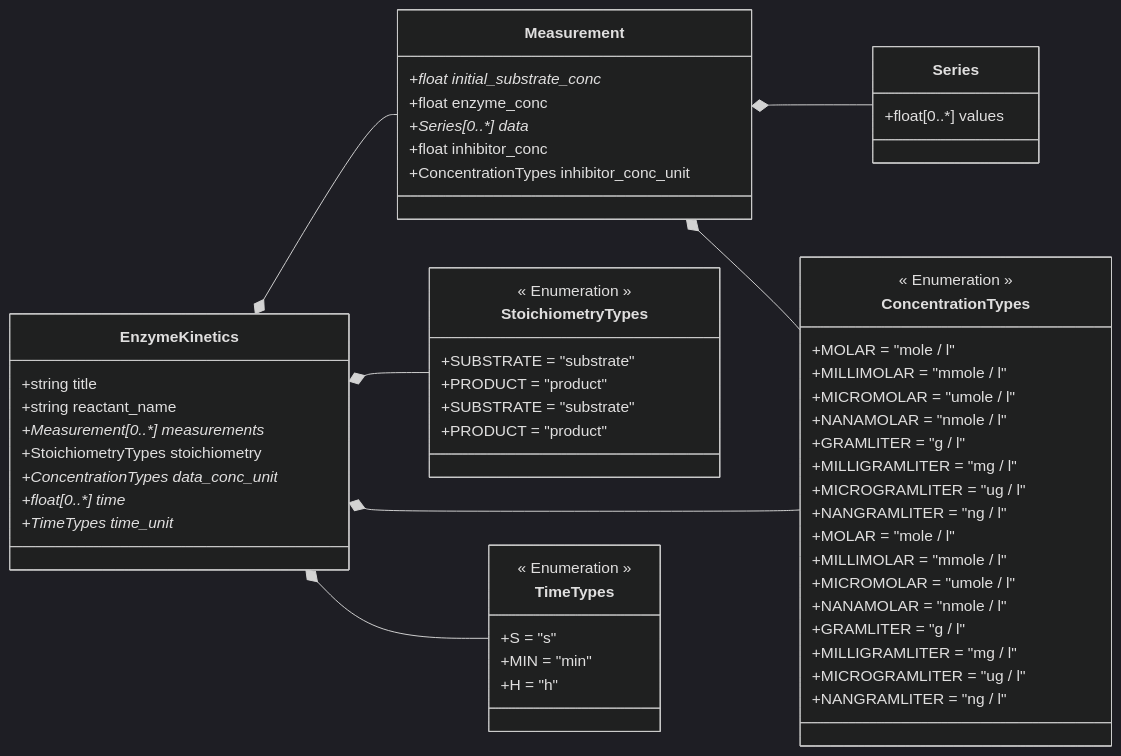
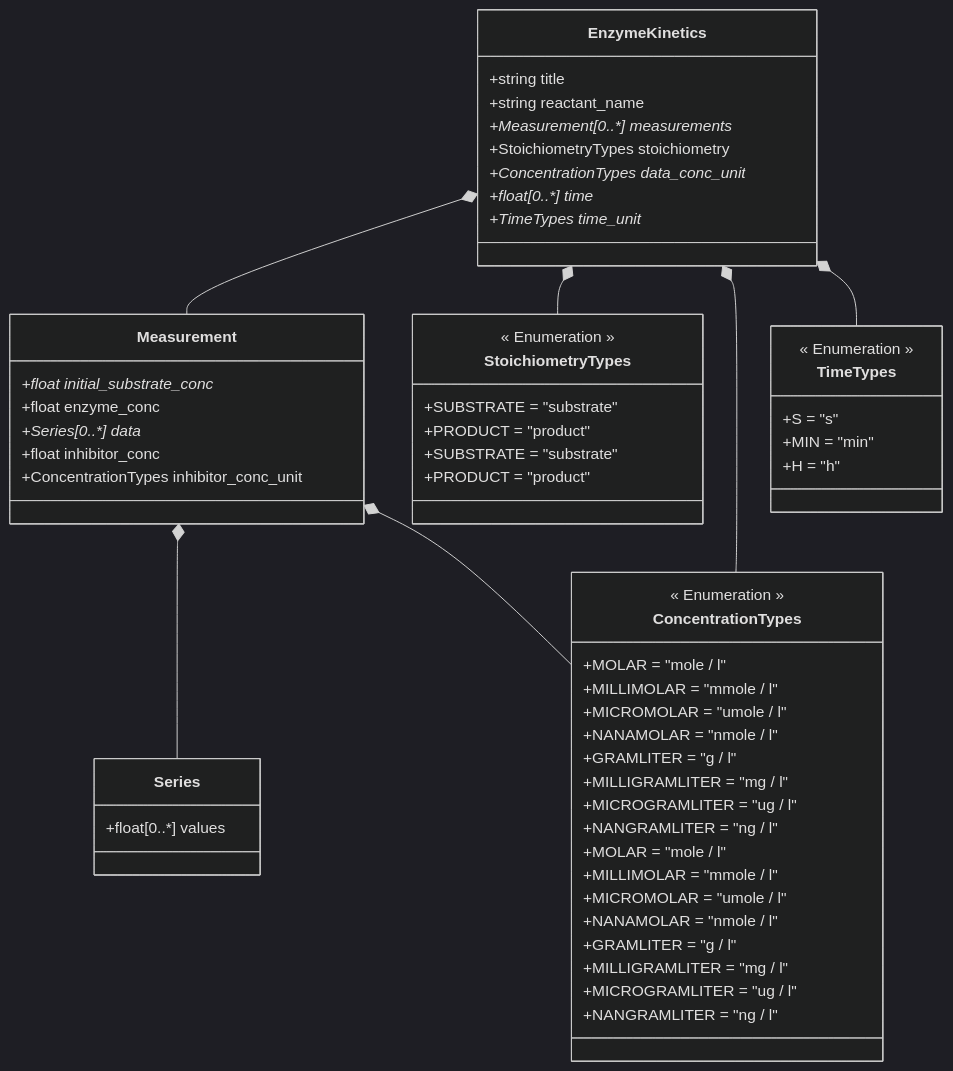
The diagram in EnzymeKinetics/schemes/EnzymeKineticsDatamodel.md (FAIRChemistry/EnzymePynetics), drawn with Mermaid (dark theme) before and after one commit.

Commit message:
API update

````diff
--- a/EnzymeKinetics/schemes/EnzymeKineticsDatamodel.md
+++ b/EnzymeKinetics/schemes/EnzymeKineticsDatamodel.md
@@ -1,76 +1,75 @@
 ```mermaid
 classDiagram
-    direction LR
     EnzymeKinetics *-- Measurement
     EnzymeKinetics *-- StoichiometryTypes
     EnzymeKinetics *-- ConcentrationTypes
     EnzymeKinetics *-- TimeTypes
     Measurement *-- Series
     Measurement *-- ConcentrationTypes
     
     class EnzymeKinetics {
         +string title
         +string reactant_name
         +Measurement[0..*] measurements*
         +StoichiometryTypes stoichiometry
         +ConcentrationTypes data_conc_unit*
         +float[0..*] time*
         +TimeTypes time_unit*
     }
     
     class Measurement {
         +float initial_substrate_conc*
         +float enzyme_conc
         +Series[0..*] data*
         +float inhibitor_conc
         +ConcentrationTypes inhibitor_conc_unit
     }
     
     class Series {
         +float[0..*] values
     }
     
     class StoichiometryTypes {
         << Enumeration >>
         +SUBSTRATE = "substrate"
         +PRODUCT = "product"
     }
     
     class StoichiometryTypes {
         << Enumeration >>
         +SUBSTRATE = "substrate"
         +PRODUCT = "product"
     }
     
     class ConcentrationTypes {
         << Enumeration >>
         +MOLAR = "mole / l"
         +MILLIMOLAR = "mmole / l"
         +MICROMOLAR = "umole / l"
         +NANAMOLAR = "nmole / l"
         +GRAMLITER = "g / l"
         +MILLIGRAMLITER = "mg / l"
         +MICROGRAMLITER = "ug / l"
         +NANGRAMLITER = "ng / l"
     }
     
     class ConcentrationTypes {
         << Enumeration >>
         +MOLAR = "mole / l"
         +MILLIMOLAR = "mmole / l"
         +MICROMOLAR = "umole / l"
         +NANAMOLAR = "nmole / l"
         +GRAMLITER = "g / l"
         +MILLIGRAMLITER = "mg / l"
         +MICROGRAMLITER = "ug / l"
         +NANGRAMLITER = "ng / l"
     }
     
     class TimeTypes {
         << Enumeration >>
         +S = "s"
         +MIN = "min"
         +H = "h"
     }
     
 ```
````
